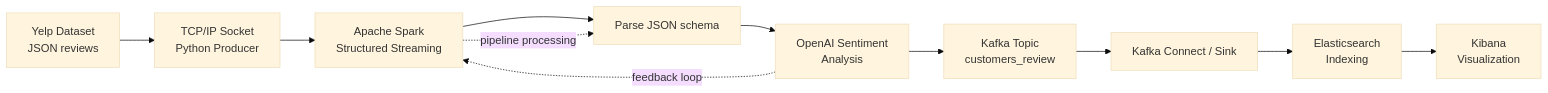
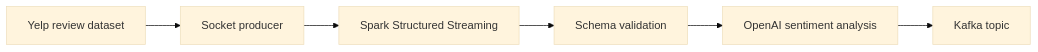
The diagram in README.md (rafaeljyokondostudy/spark-realtime-streaming), drawn with Mermaid (base theme) before and after one commit. The commit also changed other lines of this file and 1 other file, not shown here.

````diff
--- a/README.md
+++ b/README.md
@@ -45,14 +20,8 @@
 ```mermaid
 flowchart LR
-    A["Yelp Dataset\nJSON reviews"] --> B["TCP/IP Socket\nPython Producer"]
-    B --> C["Apache Spark\nStructured Streaming"]
-    C --> D["Parse JSON schema"]
-    D --> E["OpenAI Sentiment\nAnalysis"]
-    E --> F["Kafka Topic\ncustomers_review"]
-    F --> G["Kafka Connect / Sink"]
-    G --> H["Elasticsearch\nIndexing"]
-    H --> I["Kibana\nVisualization"]
-
-    C -. pipeline processing .-> D
-    E -. feedback loop .-> C
+    A["Yelp review dataset"] --> B["Socket producer"]
+    B --> C["Spark Structured Streaming"]
+    C --> D["Schema validation"]
+    D --> E["OpenAI sentiment analysis"]
+    E --> F["Kafka topic"]
 ```
````
